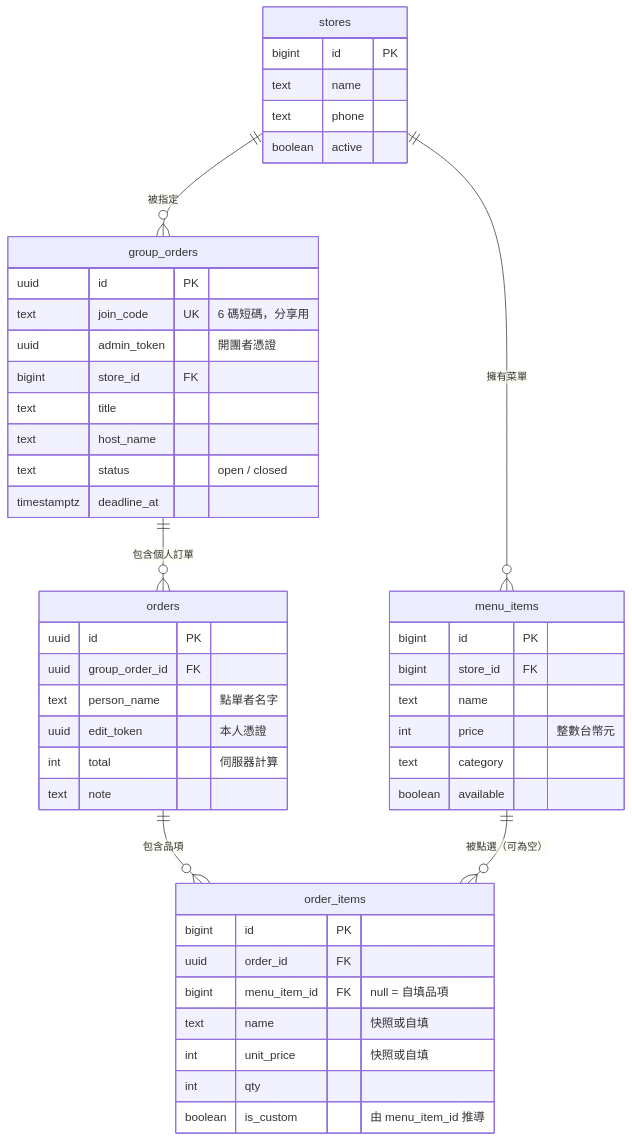
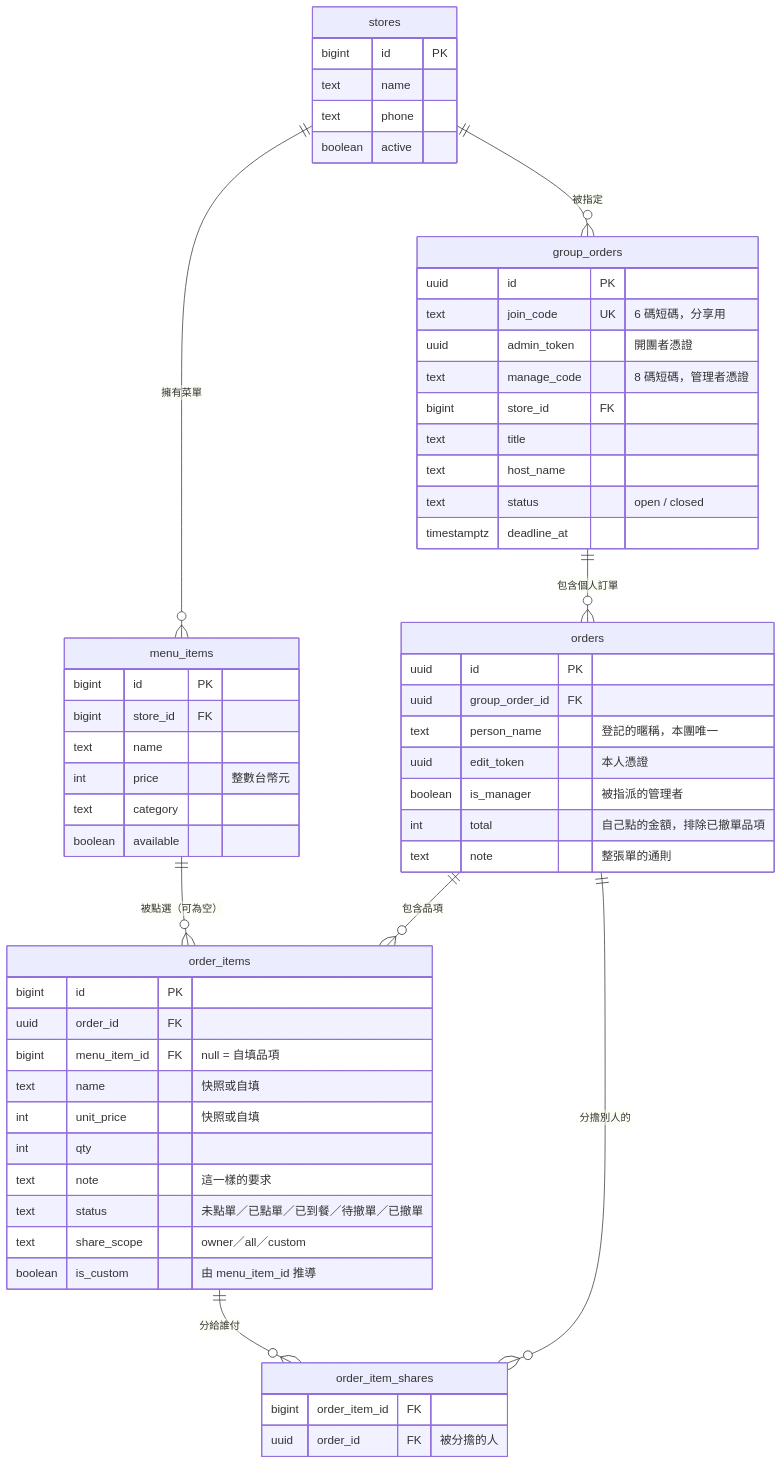
Before and after one commit to willy874/ordering-food: the diagram in docs/ARCHITECTURE.md, drawn with Mermaid. The commit also changed other lines of this file and 33 other files, not shown here.

````diff
--- a/docs/ARCHITECTURE.md
+++ b/docs/ARCHITECTURE.md
@@ -43,50 +43,61 @@
 ```mermaid
 erDiagram
     stores       ||--o{ menu_items   : "擁有菜單"
     stores       ||--o{ group_orders : "被指定"
     group_orders ||--o{ orders       : "包含個人訂單"
     orders       ||--o{ order_items  : "包含品項"
     menu_items   ||--o{ order_items  : "被點選（可為空）"
+    order_items  ||--o{ order_item_shares : "分給誰付"
+    orders       ||--o{ order_item_shares : "分擔別人的"
 
     stores {
         bigint id PK
         text   name
         text   phone
         boolean active
     }
     menu_items {
         bigint id PK
         bigint store_id FK
         text   name
         int    price "整數台幣元"
         text   category
         boolean available
     }
     group_orders {
         uuid   id PK
         text   join_code UK "6 碼短碼，分享用"
         uuid   admin_token "開團者憑證"
+        text   manage_code "8 碼短碼，管理者憑證"
         bigint store_id FK
         text   title
         text   host_name
         text   status "open / closed"
         timestamptz deadline_at
     }
     orders {
         uuid   id PK
         uuid   group_order_id FK
-        text   person_name "點單者名字"
+        text   person_name "登記的暱稱，本團唯一"
         uuid   edit_token "本人憑證"
-        int    total "伺服器計算"
-        text   note
+        boolean is_manager "被指派的管理者"
+        int    total "自己點的金額，排除已撤單品項"
+        text   note "整張單的通則"
     }
     order_items {
         bigint id PK
         uuid   order_id FK
         bigint menu_item_id FK "null = 自填品項"
         text   name "快照或自填"
         int    unit_price "快照或自填"
         int    qty
+        text   note "這一樣的要求"
+        text   status "未點單／已點單／已到餐／待撤單／已撤單"
+        text   share_scope "owner／all／custom"
         boolean is_custom "由 menu_item_id 推導"
     }
+    order_item_shares {
+        bigint order_item_id FK
+        uuid   order_id FK "被分擔的人"
+    }
 ```
````
